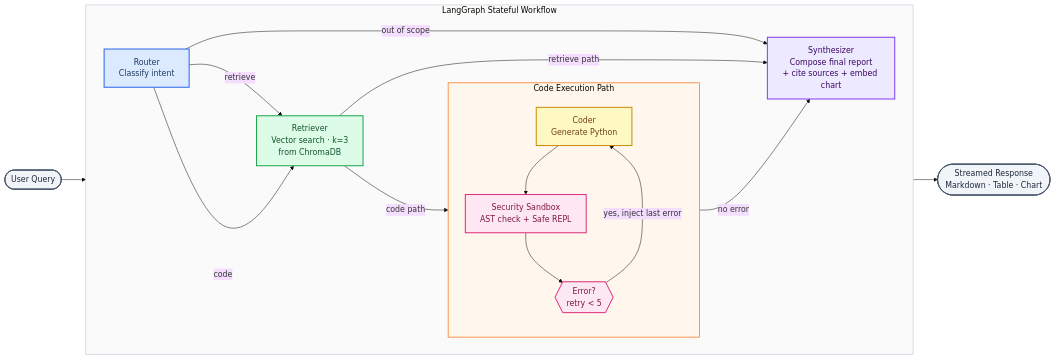
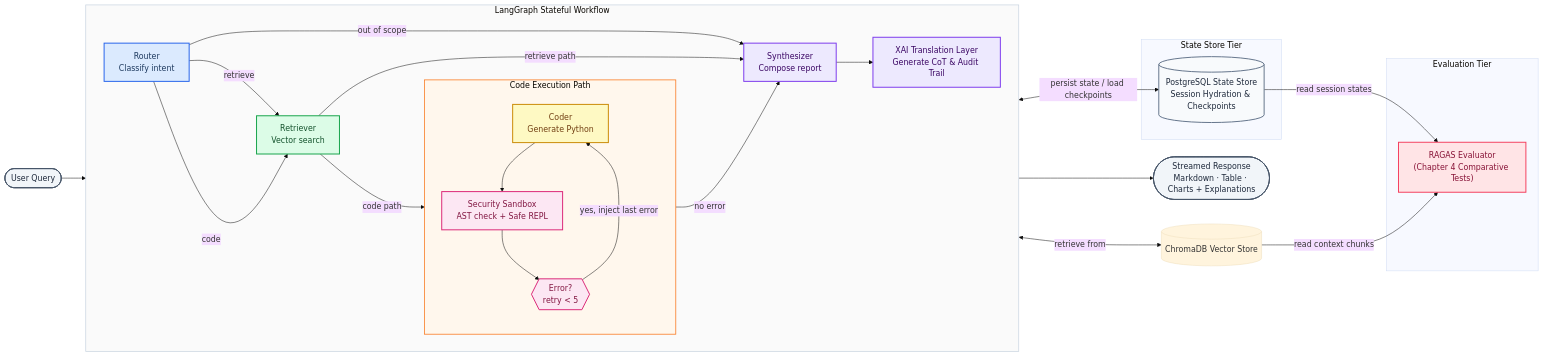
The second of 2 diagrams in system_architecture_diagrams.md (Logm12/thesis_multi_agent_financial_analysis), drawn with Mermaid (base theme) before and after one commit. The commit also changed other lines of this file and 175 other files, not shown here.

````diff
--- a/system_architecture_diagrams.md
+++ b/system_architecture_diagrams.md
@@ -84,51 +101,70 @@
 ```mermaid
 flowchart LR
     START([User Query]) --> ROUTER
 
     subgraph GRAPH ["LangGraph Stateful Workflow"]
         direction LR
 
         ROUTER["Router\nClassify intent"]
-
-        RETRIEVER["Retriever\nVector search · k=3\nfrom ChromaDB"]
-
+        RETRIEVER["Retriever\nVector search"]
+        
         subgraph CODE_PATH ["Code Execution Path"]
             direction TB
             CODER["Coder\nGenerate Python"]
             SANDBOX["Security Sandbox\nAST check + Safe REPL"]
             RETRY{{"Error?\nretry < 5"}}
 
             CODER --> SANDBOX --> RETRY
             RETRY -->|yes, inject last error| CODER
         end
 
-        SYNTH["Synthesizer\nCompose final report\n+ cite sources + embed chart"]
+        SYNTH["Synthesizer\nCompose report"]
+        XAI["XAI Translation Layer\nGenerate CoT & Audit Trail"]
 
         ROUTER -->|retrieve| RETRIEVER
         ROUTER -->|code| RETRIEVER
         ROUTER -->|out of scope| SYNTH
         RETRIEVER -->|retrieve path| SYNTH
         RETRIEVER -->|code path| CODER
         RETRY -->|no error| SYNTH
+        SYNTH --> XAI
     end
 
-    SYNTH --> END([Streamed Response\nMarkdown · Table · Chart])
+    subgraph STATE_PERSIST ["State Store Tier"]
+        PG[("PostgreSQL State Store\nSession Hydration & Checkpoints")]
+    end
+    
+    subgraph EVAL ["Evaluation Tier"]
+        RAGAS["RAGAS Evaluator\n(Chapter 4 Comparative Tests)"]
+    end
+
+    GRAPH <-->|persist state / load checkpoints| PG
+    RETRIEVER <-->|retrieve from| CHROMA[("ChromaDB Vector Store")]
+    
+    PG -->|read session states| RAGAS
+    CHROMA -->|read context chunks| RAGAS
+
+    XAI --> END([Streamed Response\nMarkdown · Table · Charts + Explanations])
 
     classDef router   fill:#dbeafe,stroke:#2563eb,stroke-width:2px,color:#1e3a5f
     classDef rag      fill:#dcfce7,stroke:#16a34a,stroke-width:2px,color:#14532d
     classDef coder    fill:#fef9c3,stroke:#ca8a04,stroke-width:2px,color:#713f12
     classDef sandbox  fill:#fce7f3,stroke:#db2777,stroke-width:2px,color:#831843
     classDef synth    fill:#ede9fe,stroke:#7c3aed,stroke-width:2px,color:#3b0764
     classDef endpoint fill:#f1f5f9,stroke:#475569,stroke-width:2px,color:#1e293b
+    classDef store    fill:#f8fafc,stroke:#64748b,stroke-width:2px,color:#1e293b
+    classDef eval     fill:#ffe4e6,stroke:#f43f5e,stroke-width:2px,color:#881337
 
     class ROUTER router
     class RETRIEVER rag
     class CODER coder
     class SANDBOX sandbox
     class RETRY sandbox
-    class SYNTH synth
+    class SYNTH,XAI synth
     class START,END endpoint
+    class PG store
+    class RAGAS eval
 
     style GRAPH     fill:#fafafa,stroke:#cbd5e1,stroke-width:1.5px
     style CODE_PATH fill:#fff7ed,stroke:#f97316,stroke-width:1.5px
 ```
````
